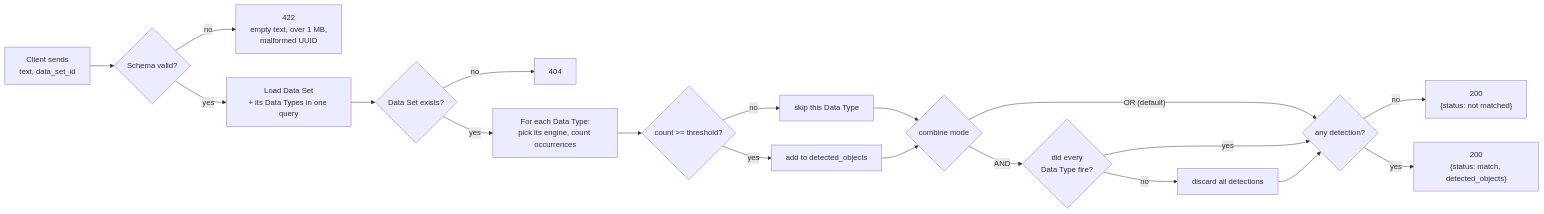
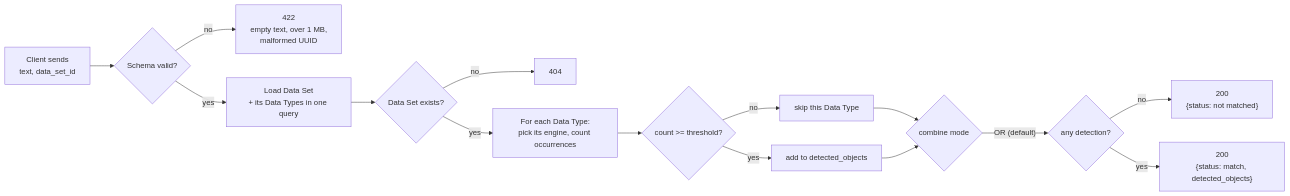
Diagram 11 of 19 in docs/ARCHITECTURE.md (dolevol/data_leak_prevention), drawn with Mermaid before and after one commit. The commit also changed other lines of this file and 9 other files, not shown here.

````diff
--- a/docs/ARCHITECTURE.md
+++ b/docs/ARCHITECTURE.md
@@ -153,21 +153,17 @@
 ```mermaid
 flowchart LR
     A["Client sends<br/>text, data_set_id"] --> B{"Schema valid?"}
     B -- "no" --> B1["422<br/>empty text, over 1 MB,<br/>malformed UUID"]
     B -- "yes" --> C["Load Data Set<br/>+ its Data Types in one query"]
     C --> D{"Data Set exists?"}
     D -- "no" --> D1["404"]
     D -- "yes" --> E["For each Data Type:<br/>pick its engine, count occurrences"]
     E --> F{"count >= threshold?"}
     F -- "no" --> G["skip this Data Type"]
     F -- "yes" --> H["add to detected_objects"]
     G --> I{"combine mode"}
     H --> I
     I -- "OR (default)" --> J{"any detection?"}
-    I -- "AND" --> K{"did every<br/>Data Type fire?"}
-    K -- "no" --> L["discard all detections"]
-    K -- "yes" --> J
-    L --> J
     J -- "no" --> J1["200<br/>{status: not matched}"]
     J -- "yes" --> J2["200<br/>{status: match, detected_objects}"]
 ```
````
